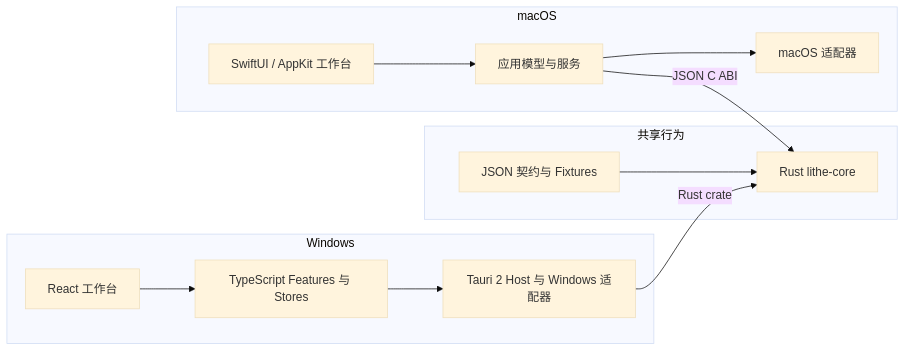
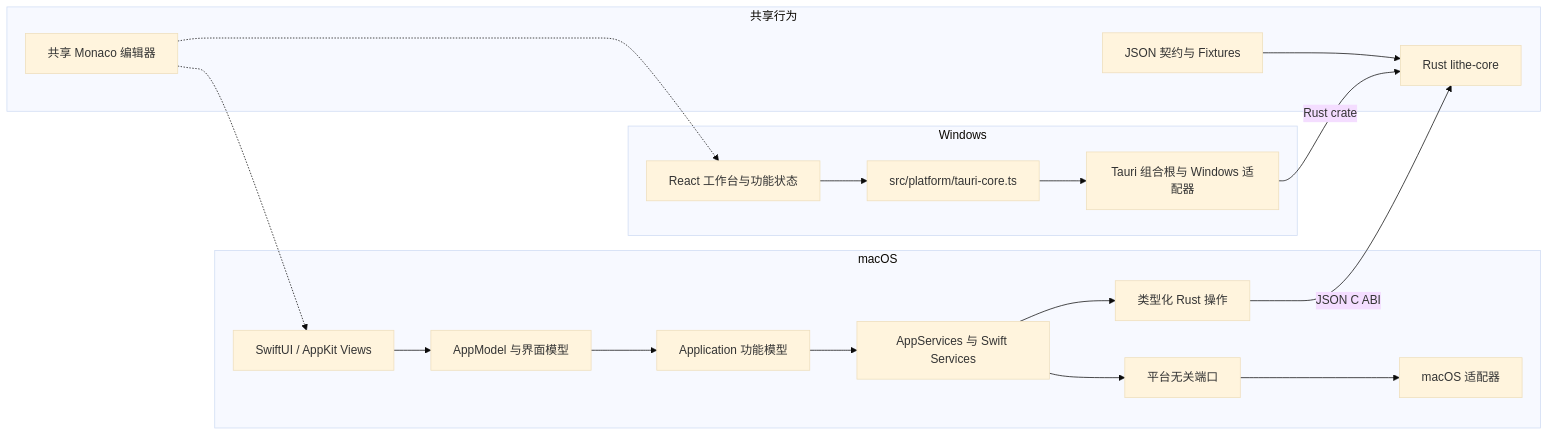
The diagram in README.zh-CN.md (1lck/Lithe-IDEA), drawn with Mermaid (base theme) before and after one commit. The commit also changed other lines of this file and 4 other files, not shown here.

Commit message:
docs: update architecture and support QR codes

````diff
--- a/README.zh-CN.md
+++ b/README.zh-CN.md
@@ -169,19 +169,26 @@
 ```mermaid
 flowchart LR
     subgraph macOS["macOS"]
-        MacUI["SwiftUI / AppKit 工作台"] --> MacApp["应用模型与服务"]
-        MacApp --> MacAdapters["macOS 适配器"]
+        MacViews["SwiftUI / AppKit Views"] --> MacModel["AppModel 与界面模型"]
+        MacModel --> MacFeatures["Application 功能模型"]
+        MacFeatures --> MacServices["AppServices 与 Swift Services"]
+        MacServices --> MacRust["类型化 Rust 操作"]
+        MacServices --> MacPorts["平台无关端口"]
+        MacPorts --> MacAdapters["macOS 适配器"]
     end
 
     subgraph Shared["共享行为"]
+        Editor["共享 Monaco 编辑器"]
         Contracts["JSON 契约与 Fixtures"] --> Core["Rust lithe-core"]
     end
 
     subgraph Windows["Windows"]
-        WinUI["React 工作台"] --> WinFeatures["TypeScript Features 与 Stores"]
-        WinFeatures --> Tauri["Tauri 2 Host 与 Windows 适配器"]
+        WinUI["React 工作台与功能状态"] --> WinBoundary["src/platform/tauri-core.ts"]
+        WinBoundary --> Tauri["Tauri 组合根与 Windows 适配器"]
     end
 
-    MacApp -->|"JSON C ABI"| Core
+    Editor -.-> MacViews
+    Editor -.-> WinUI
+    MacRust -->|"JSON C ABI"| Core
     Tauri -->|"Rust crate"| Core
 ```
````
